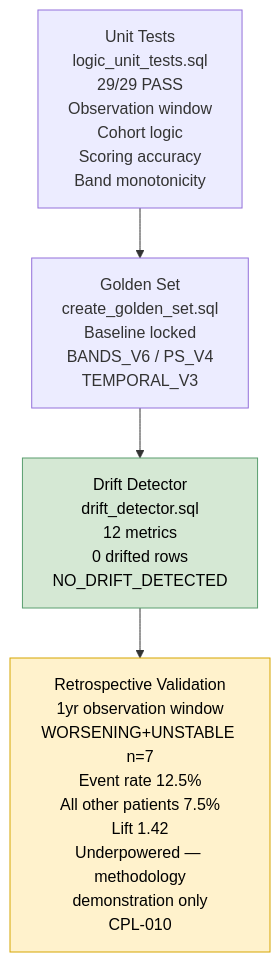
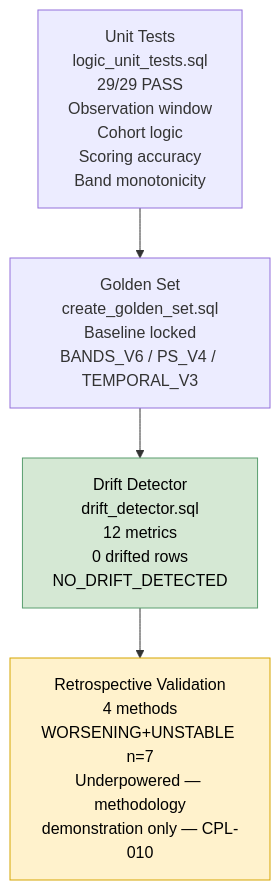
The second of 2 diagrams in README.md (asadqureshi12/cardiometabolic-deterioration), drawn with Mermaid before and after one commit. The commit also changed other lines of this file, not shown here.

````diff
--- a/README.md
+++ b/README.md
@@ -192,15 +44,15 @@
 ```mermaid
 flowchart TD
     U["Unit Tests\nlogic_unit_tests.sql\n29/29 PASS\nObservation window\nCohort logic\nScoring accuracy\nBand monotonicity"]
 
-    G["Golden Set\ncreate_golden_set.sql\nBaseline locked\nBANDS_V6 / PS_V4\nTEMPORAL_V3"]
+    G["Golden Set\ncreate_golden_set.sql\nBaseline locked\nBANDS_V6 / PS_V4 / TEMPORAL_V3"]
 
     D["Drift Detector\ndrift_detector.sql\n12 metrics\n0 drifted rows\nNO_DRIFT_DETECTED"]
 
-    R["Retrospective Validation\n1yr observation window\nWORSENING+UNSTABLE n=7\nEvent rate 12.5%\nAll other patients 7.5%\nLift 1.42\nUnderpowered — methodology\ndemonstration only\nCPL-010"]
+    R["Retrospective Validation\n4 methods\nWORSENING+UNSTABLE n=7\nUnderpowered — methodology\ndemonstration only — CPL-010"]
 
     U --> G --> D --> R
 
     style D fill:#d5e8d4,stroke:#5a9e6f,color:#000000
     style R fill:#fff2cc,stroke:#d6a500,color:#000000
 ```
````
